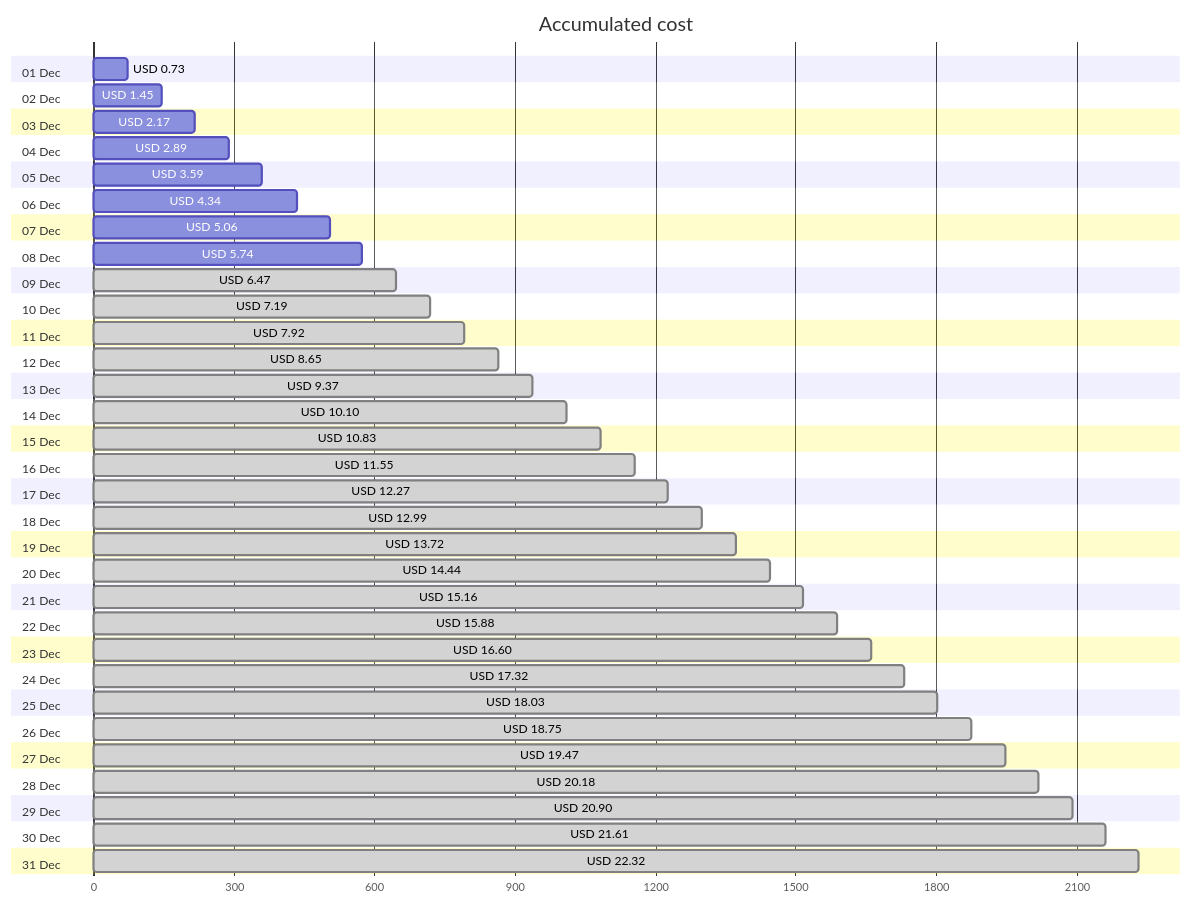
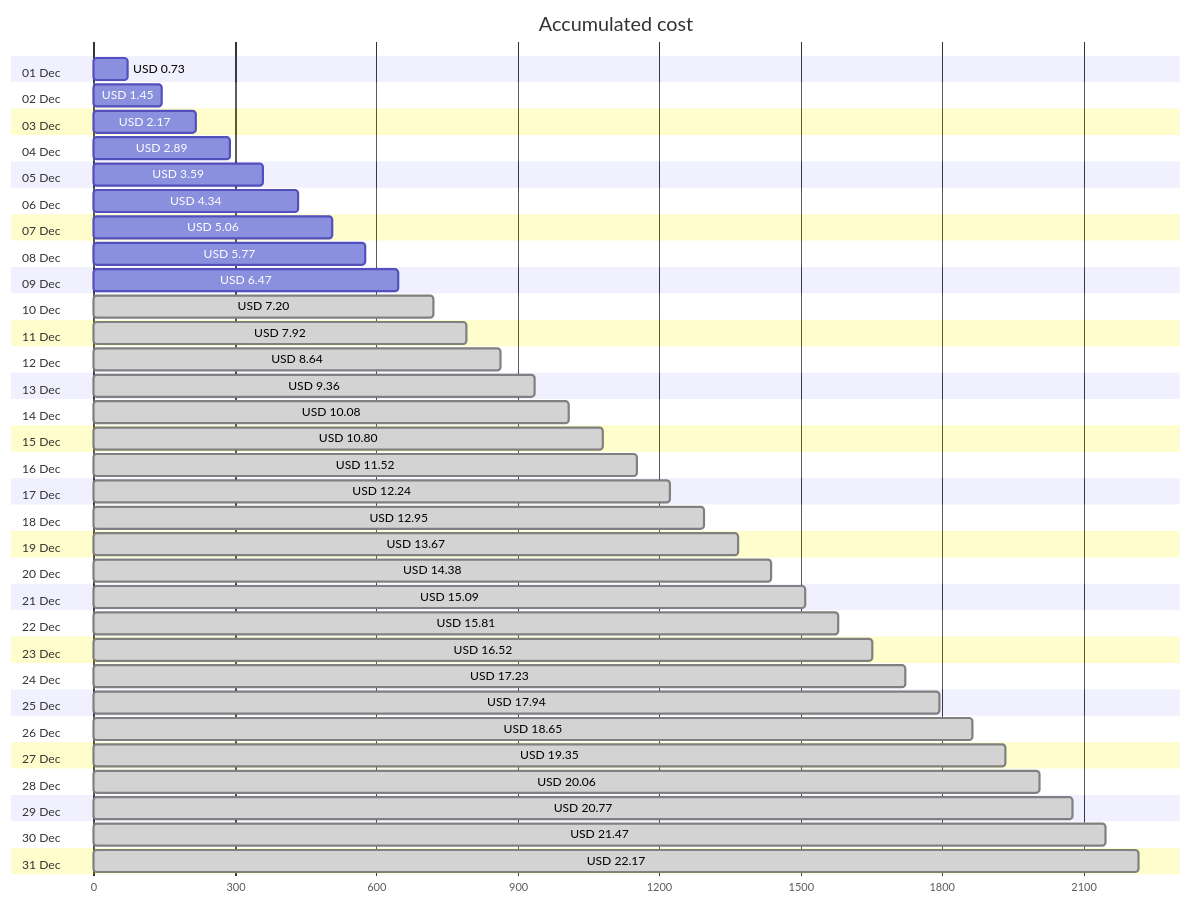
One commit to jpfulton/azure-personal-reports changed the first of 4 diagrams in cost-reports/personal-network/backup-server-data-disk.md. Above: the diagram before and after it, drawn with Mermaid. The commit also changed other lines of this file and 8 other files, not shown here.

````diff
--- a/cost-reports/personal-network/backup-server-data-disk.md
+++ b/cost-reports/personal-network/backup-server-data-disk.md
@@ -20,68 +20,68 @@
 ```mermaid
 gantt
    title Accumulated cost
    dateFormat  X
    axisFormat %s
    section 01 Dec
    USD 0.73 :0, 73
    section 02 Dec
    USD 1.45 :0, 145
    section 03 Dec
    USD 2.17 :0, 217
    section 04 Dec
    USD 2.89 :0, 289
    section 05 Dec
    USD 3.59 :0, 359
    section 06 Dec
    USD 4.34 :0, 434
    section 07 Dec
    USD 5.06 :0, 506
    section 08 Dec
-   USD 5.74 :0, 574
+   USD 5.77 :0, 577
    section 09 Dec
-   USD 6.47 : done, 0, 647
+   USD 6.47 :0, 647
    section 10 Dec
-   USD 7.19 : done, 0, 719
+   USD 7.20 : done, 0, 720
    section 11 Dec
    USD 7.92 : done, 0, 792
    section 12 Dec
-   USD 8.65 : done, 0, 865
+   USD 8.64 : done, 0, 864
    section 13 Dec
-   USD 9.37 : done, 0, 937
+   USD 9.36 : done, 0, 936
    section 14 Dec
-   USD 10.10 : done, 0, 1010
+   USD 10.08 : done, 0, 1008
    section 15 Dec
-   USD 10.83 : done, 0, 1083
+   USD 10.80 : done, 0, 1080
    section 16 Dec
-   USD 11.55 : done, 0, 1155
+   USD 11.52 : done, 0, 1152
    section 17 Dec
-   USD 12.27 : done, 0, 1227
+   USD 12.24 : done, 0, 1224
    section 18 Dec
-   USD 12.99 : done, 0, 1299
+   USD 12.95 : done, 0, 1295
    section 19 Dec
-   USD 13.72 : done, 0, 1372
+   USD 13.67 : done, 0, 1367
    section 20 Dec
-   USD 14.44 : done, 0, 1444
+   USD 14.38 : done, 0, 1438
    section 21 Dec
-   USD 15.16 : done, 0, 1516
+   USD 15.09 : done, 0, 1509
    section 22 Dec
-   USD 15.88 : done, 0, 1588
+   USD 15.81 : done, 0, 1581
    section 23 Dec
-   USD 16.60 : done, 0, 1660
+   USD 16.52 : done, 0, 1652
    section 24 Dec
-   USD 17.32 : done, 0, 1732
+   USD 17.23 : done, 0, 1723
    section 25 Dec
-   USD 18.03 : done, 0, 1803
+   USD 17.94 : done, 0, 1794
    section 26 Dec
-   USD 18.75 : done, 0, 1875
+   USD 18.65 : done, 0, 1865
    section 27 Dec
-   USD 19.47 : done, 0, 1947
+   USD 19.35 : done, 0, 1935
    section 28 Dec
-   USD 20.18 : done, 0, 2018
+   USD 20.06 : done, 0, 2006
    section 29 Dec
-   USD 20.90 : done, 0, 2090
+   USD 20.77 : done, 0, 2077
    section 30 Dec
-   USD 21.61 : done, 0, 2161
+   USD 21.47 : done, 0, 2147
    section 31 Dec
-   USD 22.32 : done, 0, 2232
+   USD 22.17 : done, 0, 2217
 ```
````
